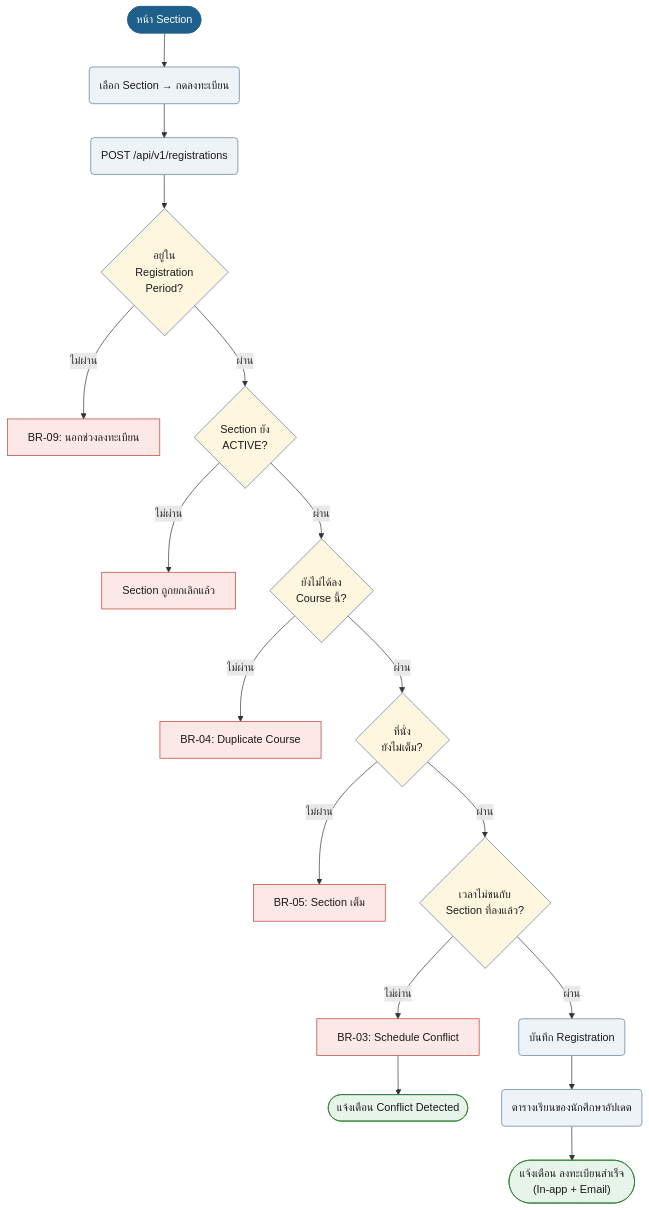
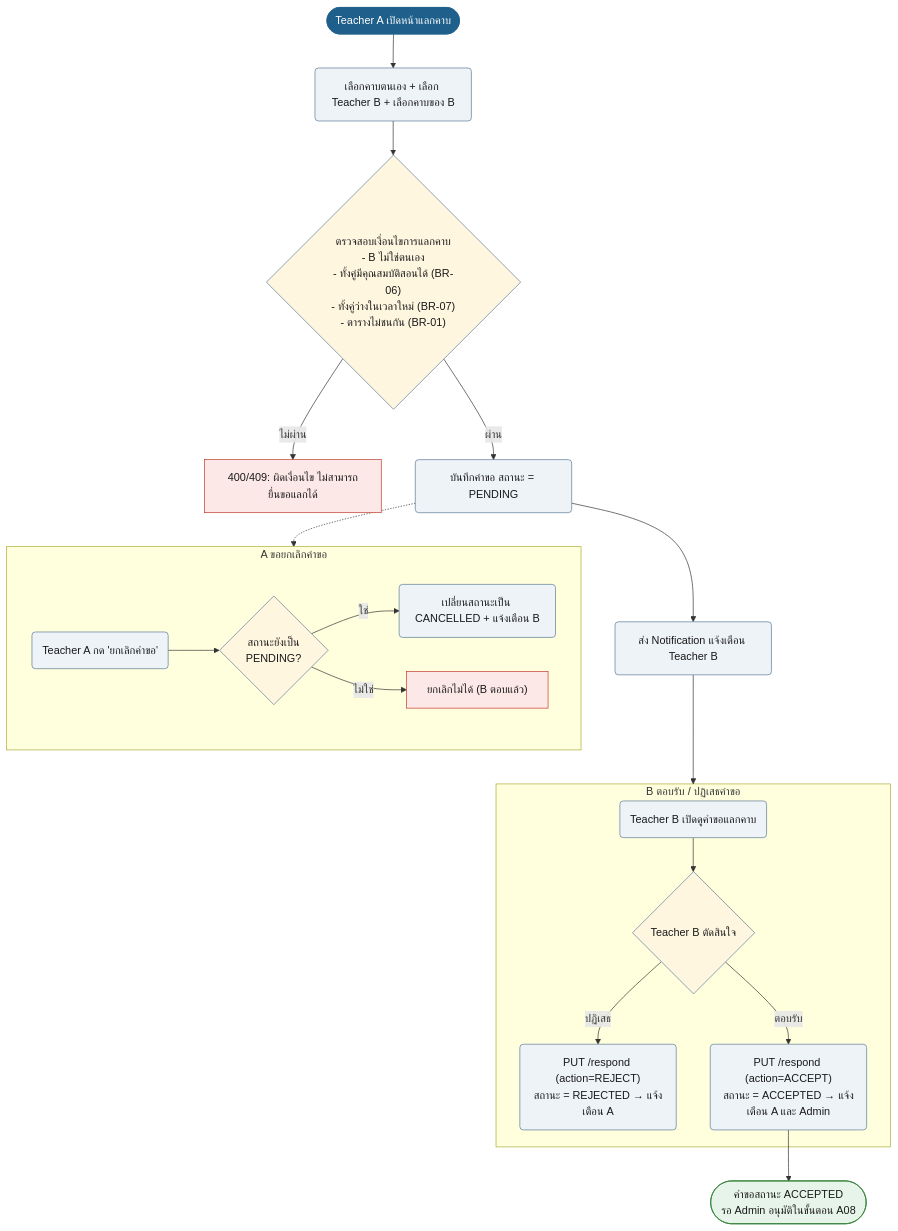
Before and after one commit to synthesixer/AcadOS: the ninth of 19 diagrams in doc/diagram/Userflow_diagram.md, drawn with Mermaid. The commit also changed other lines of this file and 8 other files, not shown here.

````diff
--- a/doc/diagram/Userflow_diagram.md
+++ b/doc/diagram/Userflow_diagram.md
@@ -329,42 +343,39 @@
 ```mermaid
 flowchart TD
-    n1(["หน้า Section"]):::start
-    n2("เลือก Section → กดลงทะเบียน"):::act
-    n3("POST /api/v1/registrations"):::act
-    n1 --> n2
-    n2 --> n3
-    n4{"อยู่ใน<br/>Registration<br/>Period?"}:::dec
-    n3 --> n4
-    n5["BR-09: นอกช่วงลงทะเบียน"]:::bad
-    n4 -->|ไม่ผ่าน| n5
-    n6{"Section ยัง<br/>ACTIVE?"}:::dec
-    n4 -->|ผ่าน| n6
-    n7["Section ถูกยกเลิกแล้ว"]:::bad
-    n6 -->|ไม่ผ่าน| n7
-    n8{"ยังไม่ได้ลง<br/>Course นี้?"}:::dec
-    n6 -->|ผ่าน| n8
-    n9["BR-04: Duplicate Course"]:::bad
-    n8 -->|ไม่ผ่าน| n9
-    n10{"ที่นั่ง<br/>ยังไม่เต็ม?"}:::dec
-    n8 -->|ผ่าน| n10
-    n11["BR-05: Section เต็ม"]:::bad
-    n10 -->|ไม่ผ่าน| n11
-    n12{"เวลาไม่ชนกับ<br/>Section ที่ลงแล้ว?"}:::dec
-    n10 -->|ผ่าน| n12
-    n13["BR-03: Schedule Conflict"]:::bad
-    n12 -->|ไม่ผ่าน| n13
-    n14(["แจ้งเตือน Conflict Detected"]):::ok
-    n13 --> n14
-    n15("บันทึก Registration"):::act
-    n12 -->|ผ่าน| n15
-    n16("ตารางเรียนของนักศึกษาอัปเดต"):::act
-    n15 --> n16
-    n17(["แจ้งเตือน ลงทะเบียนสำเร็จ<br/>(In-app + Email)"]):::ok
-    n16 --> n17
+    start_a(["Teacher A เปิดหน้าแลกคาบ"]):::start
+    act_req("เลือกคาบตนเอง + เลือก Teacher B + เลือกคาบของ B"):::act
+    start_a --> act_req
+    chk_rule{"ตรวจสอบเงื่อนไขการแลกคาบ<br/>- B ไม่ใช่ตนเอง<br/>- ทั้งคู่มีคุณสมบัติสอนได้ (BR-06)<br/>- ทั้งคู่ว่างในเวลาใหม่ (BR-07)<br/>- ตารางไม่ชนกัน (BR-01)"}:::dec
+    act_req --> chk_rule
+    chk_rule -->|ไม่ผ่าน| err_swap["400/409: ผิดเงื่อนไข ไม่สามารถยื่นขอแลกได้"]:::bad
+    save_swap("บันทึกคำขอ สถานะ = PENDING"):::act
+    chk_rule -->|ผ่าน| save_swap
+    notify_b("ส่ง Notification แจ้งเตือน Teacher B"):::act
+    save_swap --> notify_b
+
+    subgraph Flow_Cancel ["A ขอยกเลิกคำขอ"]
+        a_can("Teacher A กด 'ยกเลิกคำขอ'"):::act
+        a_can_chk{"สถานะยังเป็น<br/>PENDING?"}:::dec
+        a_can --> a_can_chk
+        a_can_chk -->|ใช่| a_can_done("เปลี่ยนสถานะเป็น CANCELLED + แจ้งเตือน B"):::act
+        a_can_chk -->|ไม่ใช่| a_can_err["ยกเลิกไม่ได้ (B ตอบแล้ว)"]:::bad
+    end
+
+    subgraph Flow_Respond ["B ตอบรับ / ปฏิเสธคำขอ"]
+        b_view("Teacher B เปิดดูคำขอแลกคาบ"):::act
+        b_dec{"Teacher B ตัดสินใจ"}:::dec
+        b_view --> b_dec
+        b_dec -->|ปฏิเสธ| b_rej("PUT /respond (action=REJECT)<br/>สถานะ = REJECTED → แจ้งเตือน A"):::act
+        b_dec -->|ตอบรับ| b_acc("PUT /respond (action=ACCEPT)<br/>สถานะ = ACCEPTED → แจ้งเตือน A และ Admin"):::act
+    end
+
+    notify_b --> Flow_Respond
+    save_swap -.-> Flow_Cancel
+    b_acc --> wait_admin(["คำขอสถานะ ACCEPTED<br/>รอ Admin อนุมัติในขั้นตอน A08"]):::ok
+
     classDef start fill:#1F5F8B,stroke:#1F5F8B,color:#fff
     classDef act fill:#EEF3F8,stroke:#5B7A94,color:#1a1a1a
     classDef dec fill:#FFF6E0,stroke:#5B7A94,color:#1a1a1a
     classDef bad fill:#FCE8E6,stroke:#C0392B,color:#1a1a1a
     classDef ok fill:#E6F4EA,stroke:#2E7D32,color:#1a1a1a
-    classDef note fill:#F4F4F4,stroke:#999,color:#1a1a1a
 ```
````
